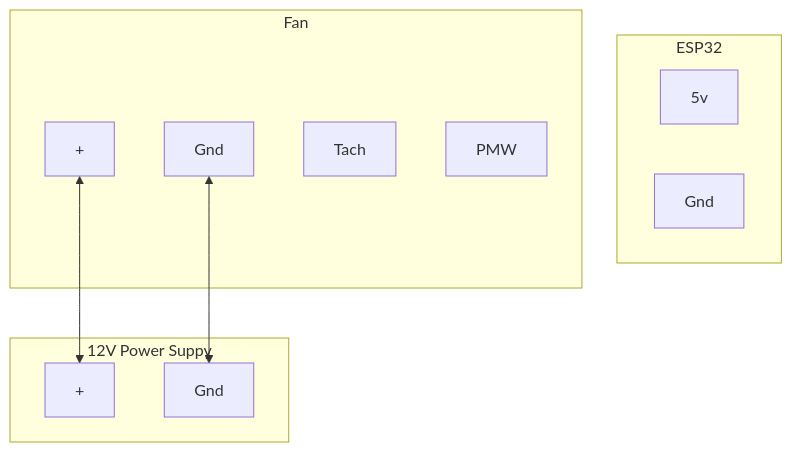
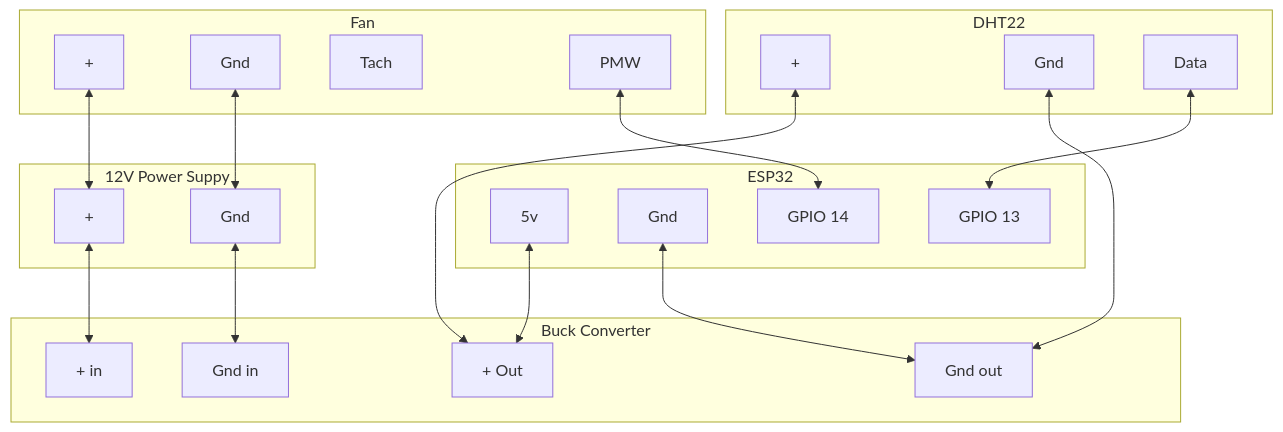
Before and after one commit to dpetzel/labrax-fan-controller: the diagram in README.md, drawn with Mermaid. The commit also changed other lines of this file, not shown here.

Commit message:
Wiring Diagram

````diff
--- a/README.md
+++ b/README.md
@@ -6,25 +6,52 @@
 ```mermaid
 flowchart TD
     subgraph ESP32
         esp_55[5v]
         esp_gnd[Gnd]
-
+        esp13[GPIO 13]
+        esp14[GPIO 14]
     end
 
     subgraph 12V Power Suppy
         12v+[+]
         12v-[Gnd]
+    end
+
+    subgraph DHT22
+        dht+[+]
+        dht-[Gnd]
+        dhtData[Data]
+    end
+
+    subgraph buck[Buck Converter]
+        buckIn+[+ in]
+        buckIn-[Gnd in]
+        buckOut+[+ Out]
+        buckOut-[Gnd out]
     end
 
     subgraph Fan
         fan+[+]
         fan-[Gnd]
         fanTach[Tach]
         fanPmw[PMW]
     end
 
+    dhtData <--> esp13
+
+    fanPmw <--> esp14
+
+    12v+ <--> buckIn+
+    12v- <--> buckIn-
+
     fan+ <--> 12v+
     fan- <--> 12v-
 
+    dht+ <--> buckOut+
+    dht- <--> buckOut-
+    
+
+    esp_55 <--> buckOut+
+    esp_gnd <--> buckOut-
 
 ```
````
